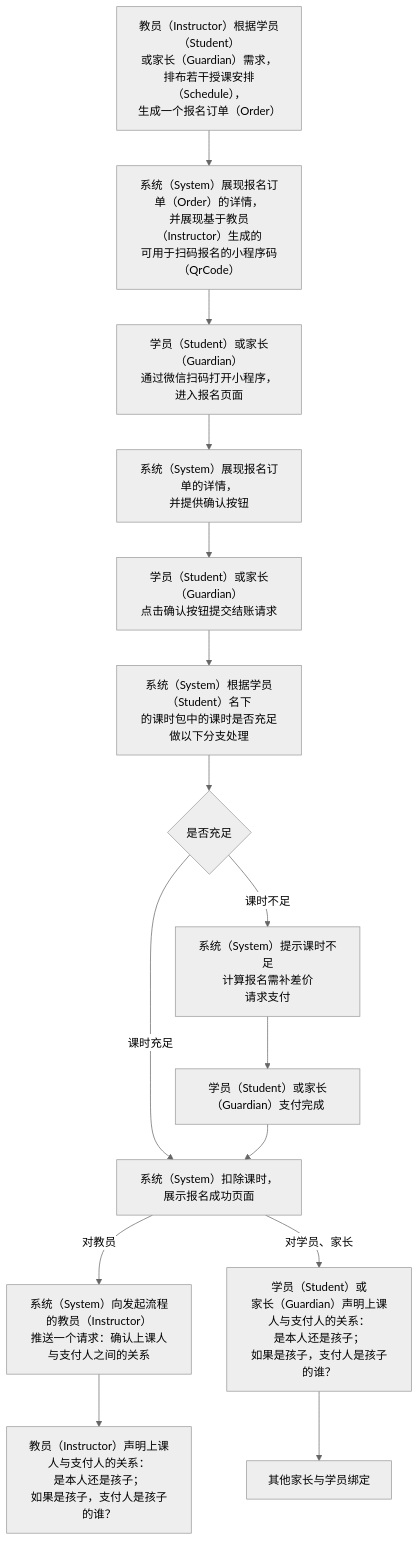
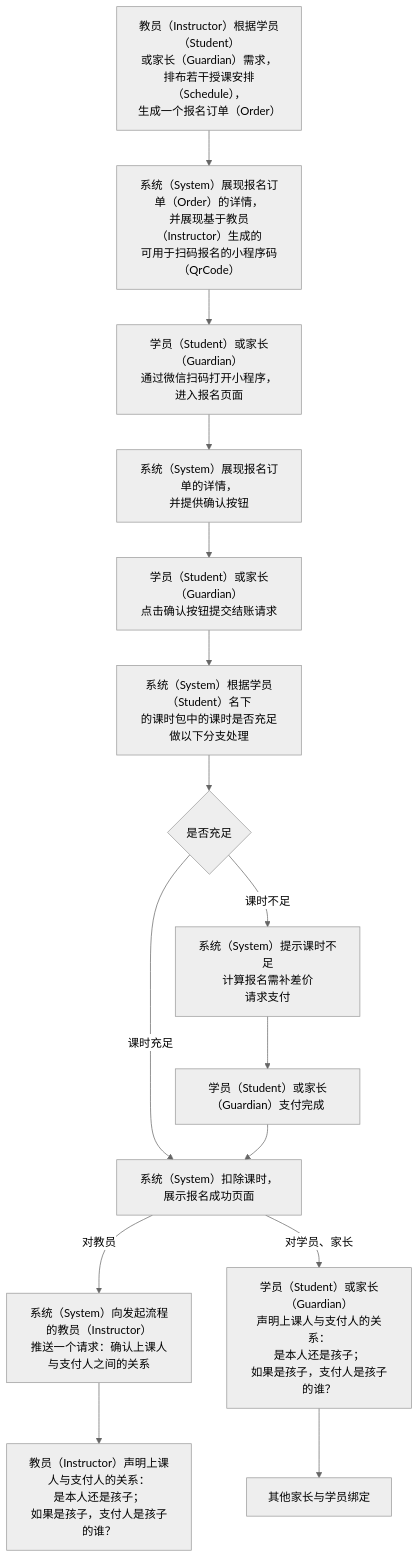
Before and after one commit to world-wide-web/sign: the diagram in 用例/报名.md, drawn with Mermaid (neutral theme). The commit also changed other lines of this file, not shown here.

````diff
--- a/用例/报名.md
+++ b/用例/报名.md
@@ -8,46 +8,46 @@
 ```mermaid
 graph TD
 
 生成报名订单-->生成报名码
 生成报名码-->扫码报名
 扫码报名-->展现报名订单
 展现报名订单-->确认并提交结账请求
 确认并提交结账请求-->检查课时数量
 检查课时数量-->判断课时数量
 判断课时数量--课时充足-->扣课并提示报名成功
 判断课时数量--课时不足-->请求支付
 请求支付-->支付完成
 支付完成-->扣课并提示报名成功
 扣课并提示报名成功--对教员-->请求身份声明
 扣课并提示报名成功--"对学员、家长"-->支付人身份声明
 请求身份声明-->教员代理身份声明
 支付人身份声明-->其他家长与学员绑定
 
 生成报名订单["<center>教员（Instructor）根据学员（Student）<br>或家长（Guardian）需求，<br>排布若干授课安排（Schedule），<br>生成一个报名订单（Order）</center>"]
 
 生成报名码["<center>系统（System）展现报名订单（Order）的详情，<br>并展现基于教员（Instructor）生成的<br>可用于扫码报名的小程序码（QrCode）</center>"]
 
 扫码报名["<center>学员（Student）或家长（Guardian）<br>通过微信扫码打开小程序，进入报名页面</center>"]
 
 展现报名订单["<center>系统（System）展现报名订单的详情，<br>并提供确认按钮</center>"]
 
 确认并提交结账请求["<center>学员（Student）或家长（Guardian）<br>点击确认按钮提交结账请求</center>"]
 
 检查课时数量["<center>系统（System）根据学员（Student）名下<br>的课时包中的课时是否充足做以下分支处理</center>"]
 
 判断课时数量{"<center>是否充足</center>"}
 
 请求支付["<center>系统（System）提示课时不足<br>计算报名需补差价<br>请求支付</center>"]
 
 支付完成["<center>学员（Student）或家长（Guardian）支付完成</center>"]
 
 扣课并提示报名成功["<center>系统（System）扣除课时，展示报名成功页面</center>"]
 
 请求身份声明["<center>系统（System）向发起流程的教员（Instructor）<br>推送一个请求：确认上课人与支付人之间的关系</center>"]
 
-支付人身份声明["<center>学员（Student）或<br>家长（Guardian）声明上课人与支付人的关系：<br>是本人还是孩子；<br>如果是孩子，支付人是孩子的谁？</center>"]
+支付人身份声明["<center>学员（Student）或家长（Guardian）<br>声明上课人与支付人的关系：<br>是本人还是孩子；<br>如果是孩子，支付人是孩子的谁？</center>"]
 
 教员代理身份声明["<center>教员（Instructor）声明上课人与支付人的关系：<br>是本人还是孩子；<br>如果是孩子，支付人是孩子的谁？</center>"]
 
 其他家长与学员绑定
 ```
````
